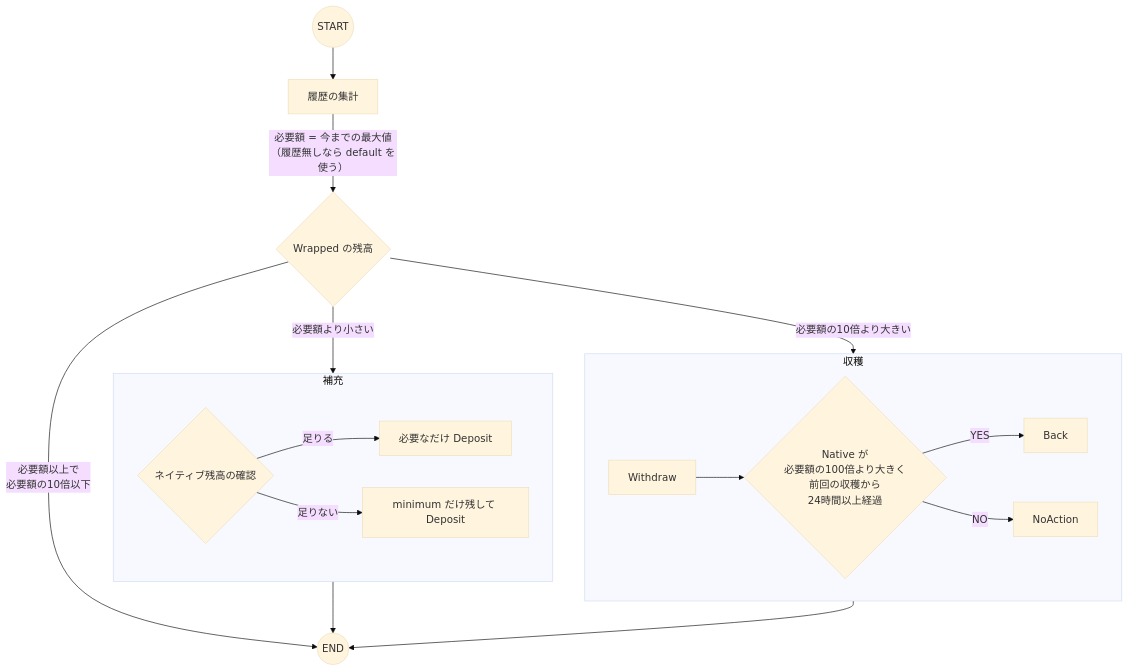
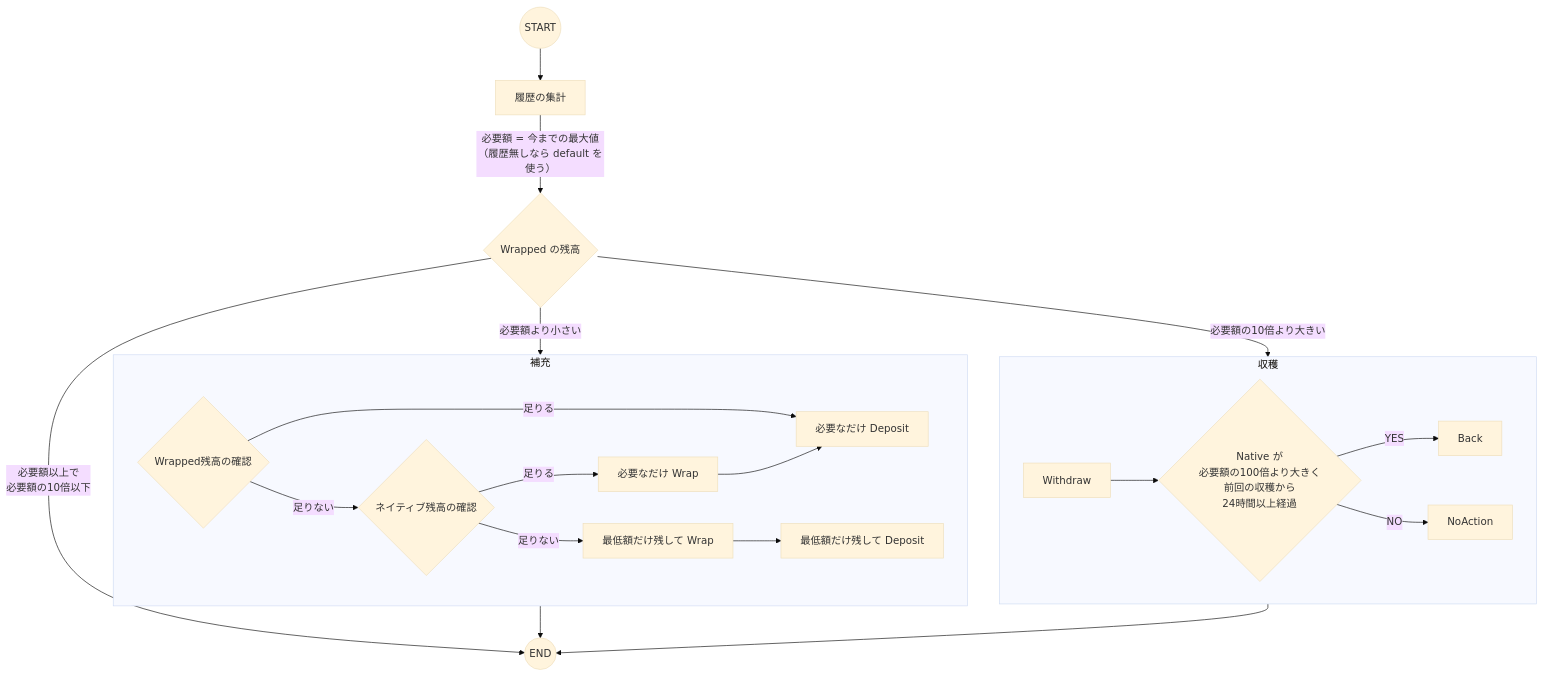
One commit to fathens/zaciraci changed the diagram in diagram/account_balance.mermaid. Above: the diagram before and after it, drawn with Mermaid (base theme).

Commit message:
Update account balance diagram for refined refill process
Revised the diagram to introduce "Wrap" steps in the refill process, ensuring a more accurate depiction of balance handling. The changes clarify the flow between checking balances, wrapping amounts, and depositing funds.

```diff
--- a/diagram/account_balance.mermaid
+++ b/diagram/account_balance.mermaid
@@ -1,21 +1,25 @@
 graph TD
     Start((START)) --> StatsHistory[履歴の集計]
     StatsHistory -->|必要額 = 今までの最大値<br>（履歴無しなら default を使う）| WrappedAmount{Wrapped の残高}
     WrappedAmount -->|必要額の10倍より大きい| Harvest
     WrappedAmount -->|必要額以上で<br>必要額の10倍以下| End((END))
     WrappedAmount -->|必要額より小さい| Refill
 
     subgraph Refill[補充]
+        CheckWrapped{Wrapped残高の確認} -->|足りる| DepositFull[必要なだけ Deposit]
+        CheckWrapped -->|足りない| CheckNative
         CheckNative{ネイティブ残高の確認}
-        CheckNative -->|足りる| DepositFull[必要なだけ Deposit]
-        CheckNative -->|足りない| DepositLess[minimum だけ残して Deposit]
+        CheckNative -->|足りる| WrapFull[必要なだけ Wrap]
+        CheckNative -->|足りない| WrapLess[最低額だけ残して Wrap]
+        WrapFull --> DepositFull
+        WrapLess --> DepositLess[最低額だけ残して Deposit]
     end
 
     subgraph Harvest[収穫]
         Withdraw --> NativeAmount{Native が<br>必要額の100倍より大きく<br>前回の収穫から<br>24時間以上経過}
         NativeAmount -->|YES| Back
         NativeAmount -->|NO| NoAction
     end
 
     Refill --> End
     Harvest --> End
```
